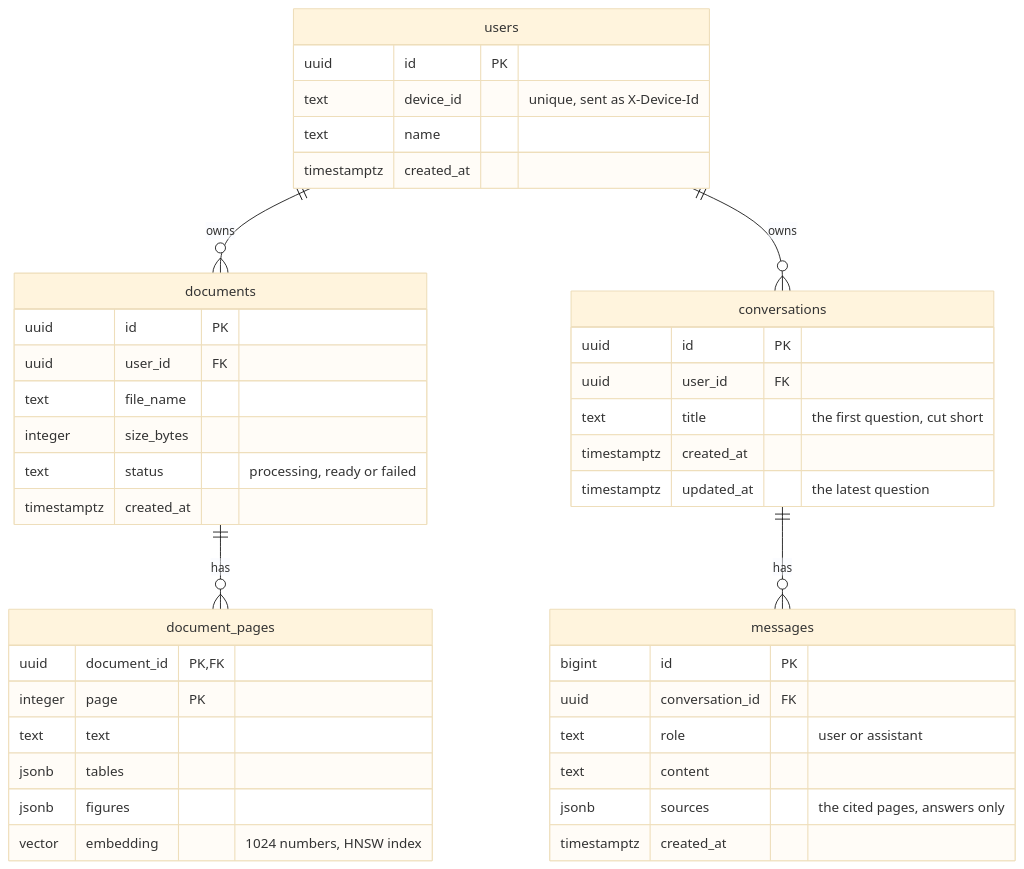
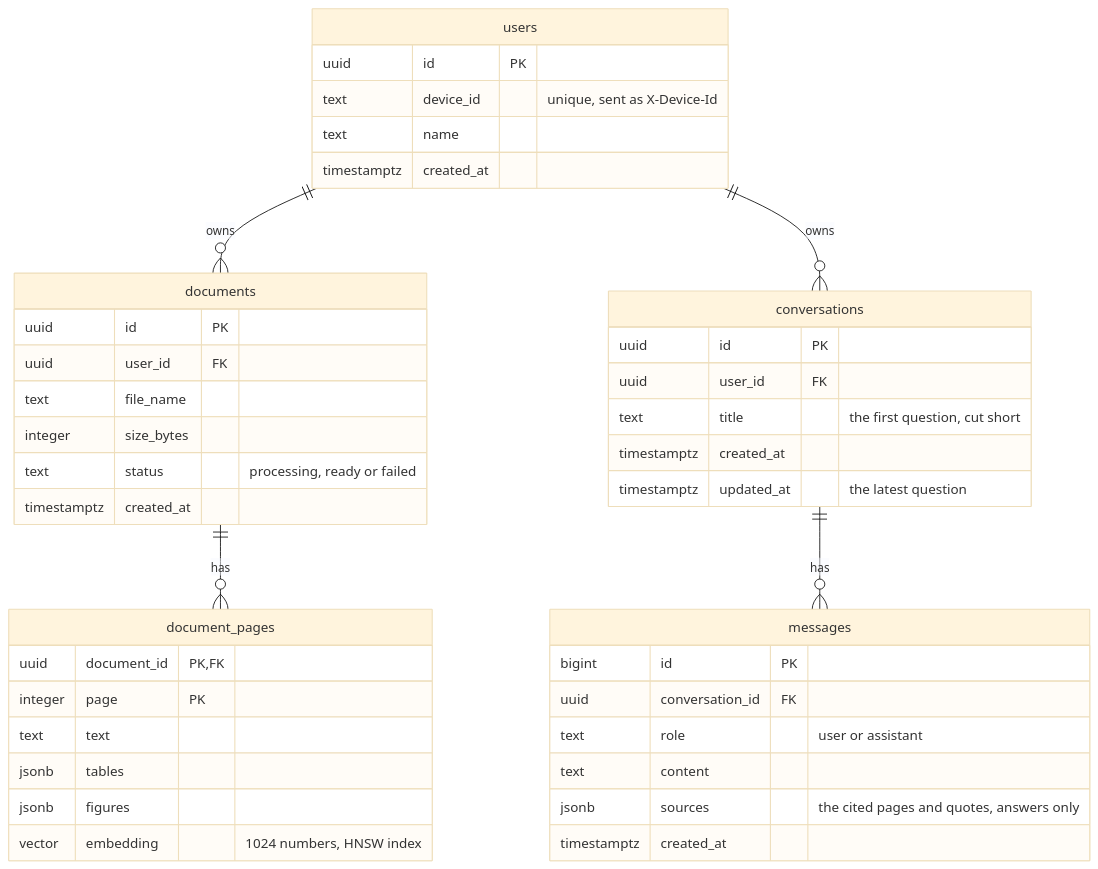
One commit to arberhh/multimodal-rag changed the diagram in docs/server.md. Above: the diagram before and after it, drawn with Mermaid (base theme). The commit also changed other lines of this file and 13 other files, not shown here.

````diff
--- a/docs/server.md
+++ b/docs/server.md
@@ -98,46 +98,46 @@
 ```mermaid
 erDiagram
   users ||--o{ documents : "owns"
   users ||--o{ conversations : "owns"
   documents ||--o{ document_pages : "has"
   conversations ||--o{ messages : "has"
 
   users {
     uuid id PK
     text device_id "unique, sent as X-Device-Id"
     text name
     timestamptz created_at
   }
 
   documents {
     uuid id PK
     uuid user_id FK
     text file_name
     integer size_bytes
     text status "processing, ready or failed"
     timestamptz created_at
   }
   document_pages {
     uuid document_id PK, FK
     integer page PK
     text text
     jsonb tables
     jsonb figures
     vector embedding "1024 numbers, HNSW index"
   }
   conversations {
     uuid id PK
     uuid user_id FK
     text title "the first question, cut short"
     timestamptz created_at
     timestamptz updated_at "the latest question"
   }
   messages {
     bigint id PK
     uuid conversation_id FK
     text role "user or assistant"
     text content
-    jsonb sources "the cited pages, answers only"
+    jsonb sources "the cited pages and quotes, answers only"
     timestamptz created_at
   }
 ```
````
